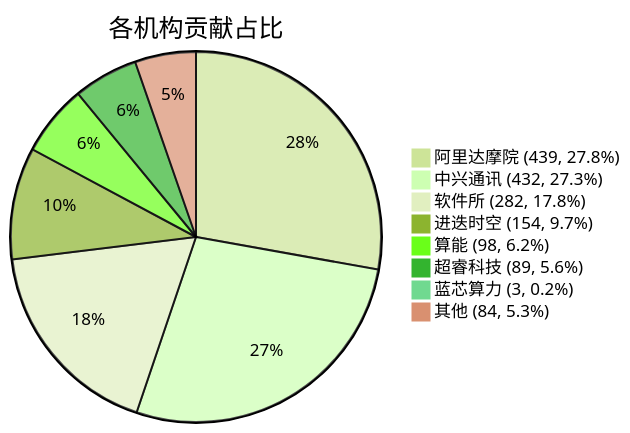
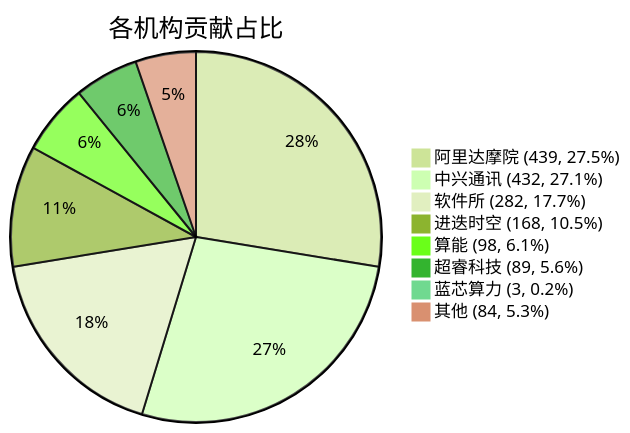
The diagram in docs/index.md (RVCK-Project/rvck), drawn with Mermaid (forest theme) before and after one commit. The commit also changed other lines of this file and 24 other files, not shown here.

````diff
--- a/docs/index.md
+++ b/docs/index.md
@@ -40,11 +40,11 @@
 ```mermaid
 pie title 各机构贡献占比
-    "阿里达摩院 (439, 27.8%)" : 439
-    "中兴通讯 (432, 27.3%)" : 432
-    "软件所 (282, 17.8%)" : 282
-    "进迭时空 (154, 9.7%)" : 154
-    "算能 (98, 6.2%)" : 98
+    "阿里达摩院 (439, 27.5%)" : 439
+    "中兴通讯 (432, 27.1%)" : 432
+    "软件所 (282, 17.7%)" : 282
+    "进迭时空 (168, 10.5%)" : 168
+    "算能 (98, 6.1%)" : 98
     "超睿科技 (89, 5.6%)" : 89
     "蓝芯算力 (3, 0.2%)" : 3
     "其他 (84, 5.3%)" : 84
 ```
````
